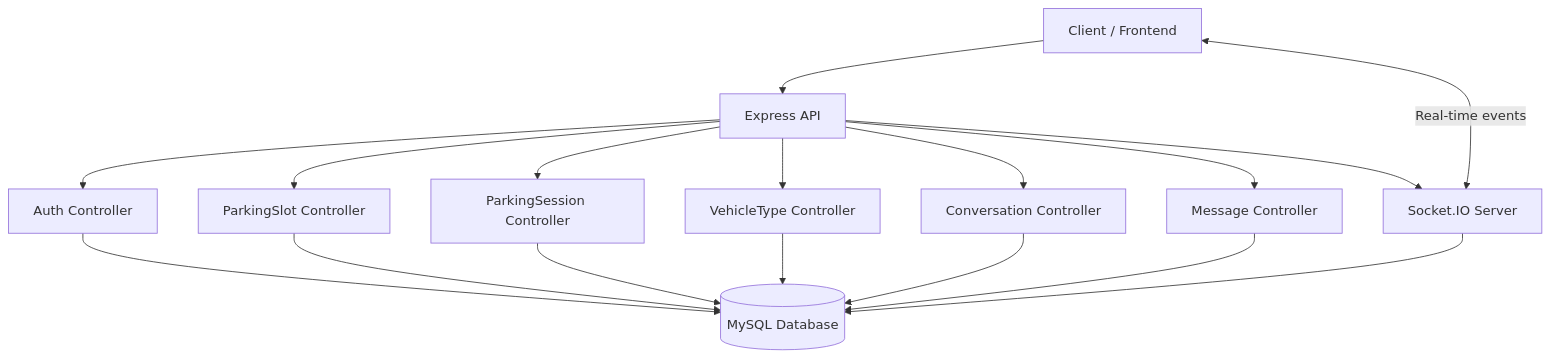
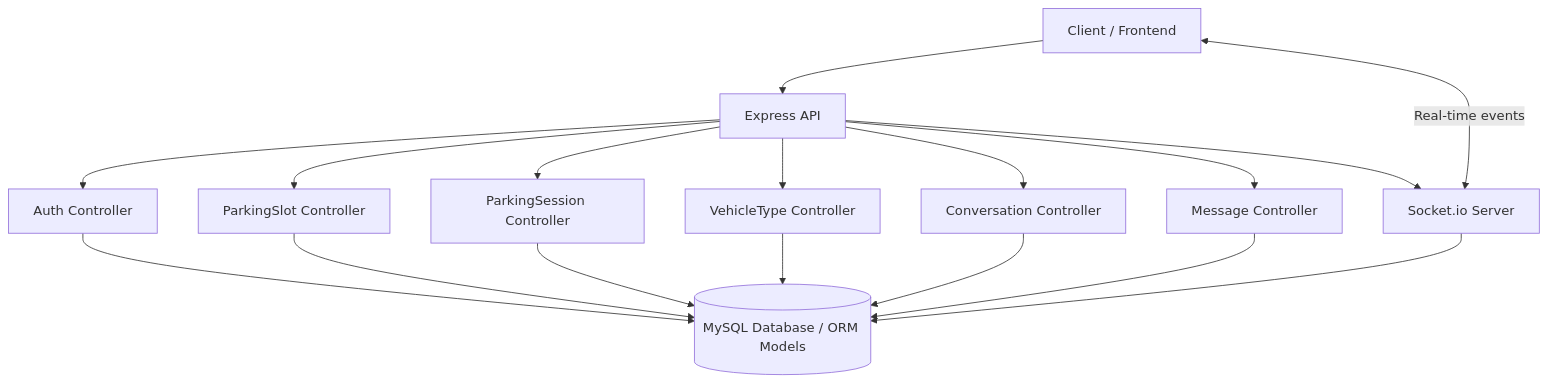
Before and after one commit to chukwutem-emi/Vehicle-Parking-Lot-System: the first of 2 diagrams in README.md, drawn with Mermaid. The commit also changed other lines of this file, not shown here.

````diff
--- a/README.md
+++ b/README.md
@@ -35,21 +35,26 @@
 ```mermaid
 graph TD
-  Client[Client / Frontend] --> API[Express API]
-  Client <-->|Real-time events| Socket[Socket.io Server]
+%% Frontend
+Client[Client / Frontend] --> API[Express API]
 
+%% API to controllers
 API --> Auth[Auth Controller]
 API --> ParkingSlot[ParkingSlot Controller]
 API --> ParkingSession[ParkingSession Controller]
 API --> VehicleType[VehicleType Controller]
 API --> Conversation[Conversation Controller]
 API --> Message[Message Controller]
 API --> Socket[Socket.IO Server]
 
-Auth --> DB[(MySQL Database)]
+%% Real-time communication
+Client <-->|Real-time events| Socket[Socket.io Server]
+
+%% Controllers to Database / ORM Models
+Auth --> DB[(MySQL Database / ORM Models)]
 ParkingSlot --> DB
 ParkingSession --> DB
 VehicleType --> DB
 Conversation --> DB
 Message --> DB
 Socket --> DB
 ```
````
